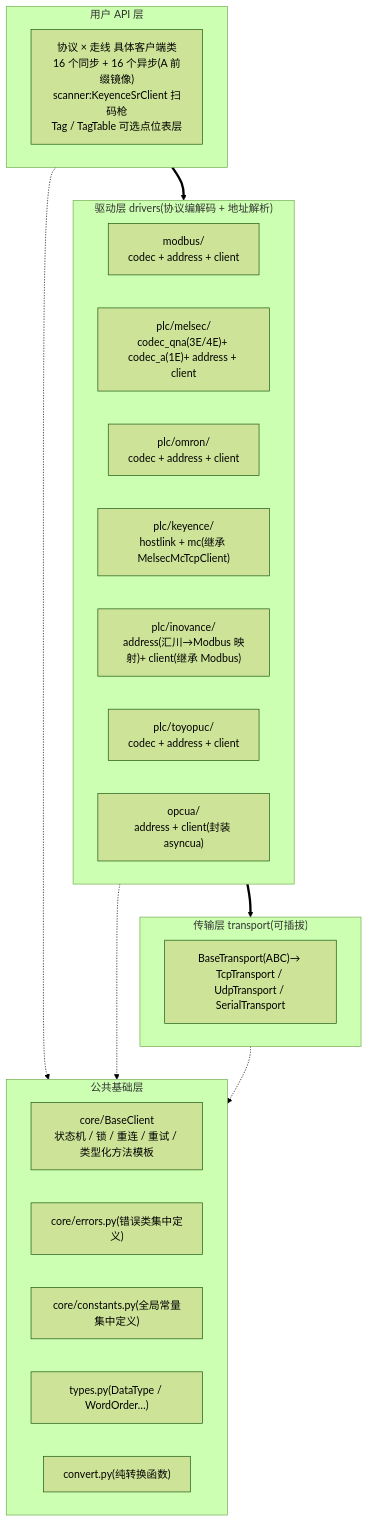
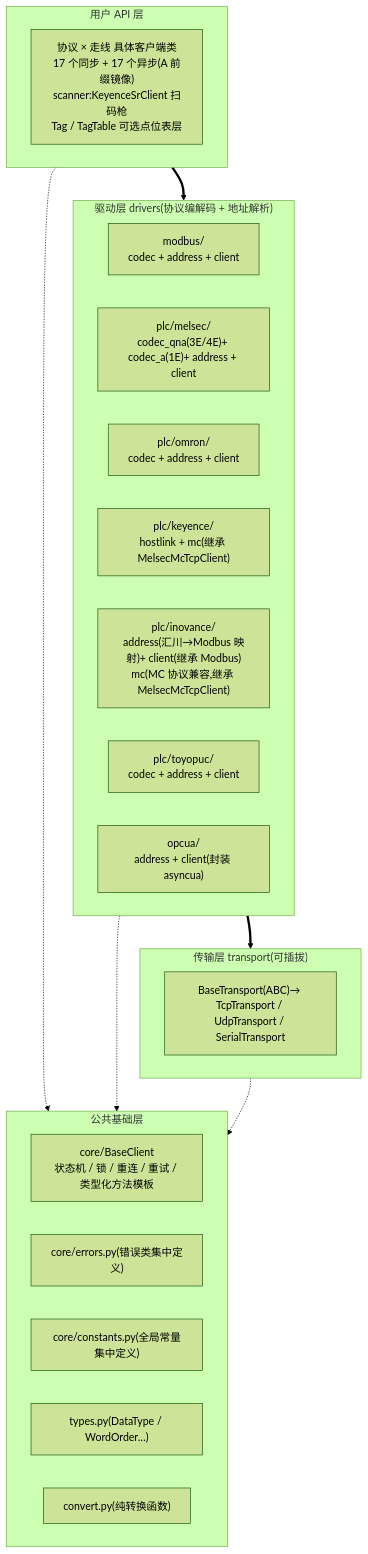
One commit to yunluo/omniplc changed the first of 3 diagrams in docs/architecture.md. Above: the diagram before and after it, drawn with Mermaid (forest theme). The commit also changed other lines of this file and 7 other files, not shown here.

````diff
--- a/docs/architecture.md
+++ b/docs/architecture.md
@@ -13,31 +13,31 @@
 ```mermaid
 flowchart TB
     subgraph UserApi["用户 API 层"]
-        Clients["协议 × 走线 具体客户端类<br/>16 个同步 + 16 个异步(A 前缀镜像)<br/>scanner:KeyenceSrClient 扫码枪<br/>Tag / TagTable 可选点位表层"]
+        Clients["协议 × 走线 具体客户端类<br/>17 个同步 + 17 个异步(A 前缀镜像)<br/>scanner:KeyenceSrClient 扫码枪<br/>Tag / TagTable 可选点位表层"]
     end
     subgraph Drivers["驱动层 drivers(协议编解码 + 地址解析)"]
         Modbus["modbus/<br/>codec + address + client"]
         Melsec["plc/melsec/<br/>codec_qna(3E/4E)+ codec_a(1E)+ address + client"]
         Omron["plc/omron/<br/>codec + address + client"]
         Keyence["plc/keyence/<br/>hostlink + mc(继承 MelsecMcTcpClient)"]
-        InovanceD["plc/inovance/<br/>address(汇川→Modbus 映射)+ client(继承 Modbus)"]
+        InovanceD["plc/inovance/<br/>address(汇川→Modbus 映射)+ client(继承 Modbus)<br/>mc(MC 协议兼容,继承 MelsecMcTcpClient)"]
         Toyopuc["plc/toyopuc/<br/>codec + address + client"]
         Opcua["opcua/<br/>address + client(封装 asyncua)"]
     end
     subgraph TransportLayer["传输层 transport(可插拔)"]
         TransportList["BaseTransport(ABC)→ TcpTransport / UdpTransport / SerialTransport"]
     end
     subgraph CoreLayer["公共基础层"]
         BaseClientC["core/BaseClient<br/>状态机 / 锁 / 重连 / 重试 / 类型化方法模板"]
         Errors["core/errors.py(错误类集中定义)"]
         Constants["core/constants.py(全局常量集中定义)"]
         TypesC["types.py(DataType / WordOrder…)"]
         ConvertC["convert.py(纯转换函数)"]
     end
 
     UserApi ==> Drivers
     Drivers ==> TransportLayer
     UserApi -.-> CoreLayer
     Drivers -.-> CoreLayer
     TransportLayer -.-> CoreLayer
 ```
````
